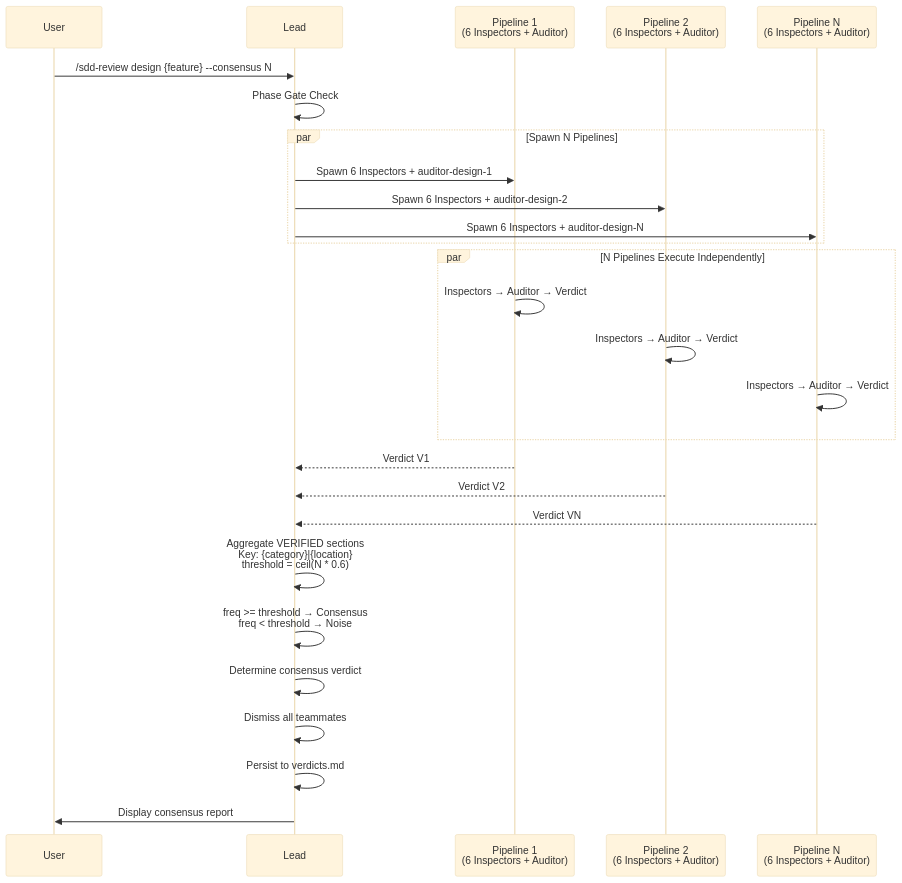
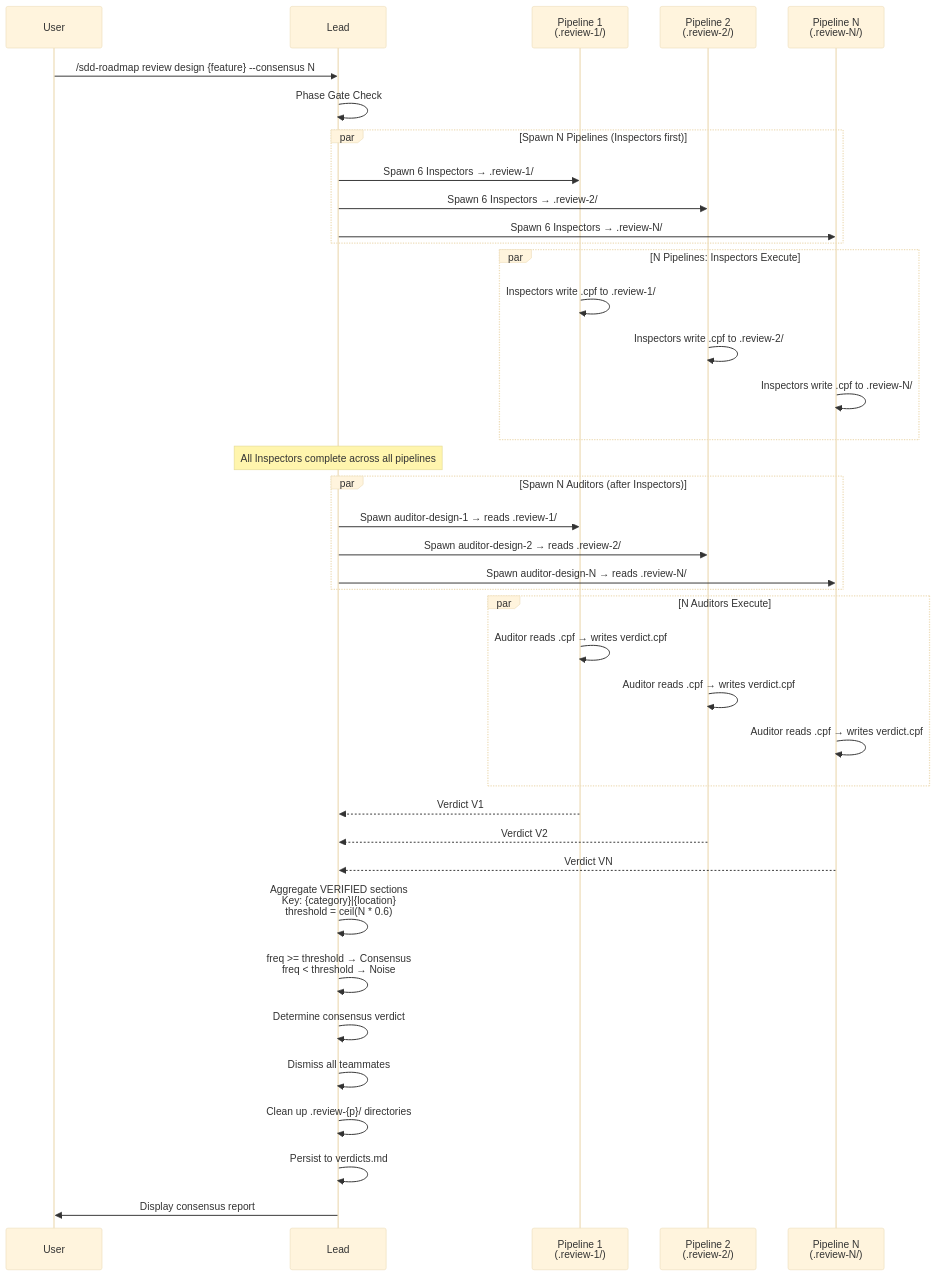
The second of 3 diagrams in .claude/sdd/project/specs/design-review/design.md (sync-dev-org/sync-sdd), drawn with Mermaid (base theme) before and after one commit. The commit also changed other lines of this file and 32 other files, not shown here.

````diff
--- a/.claude/sdd/project/specs/design-review/design.md
+++ b/.claude/sdd/project/specs/design-review/design.md
@@ -321,34 +309,49 @@
 ```mermaid
 sequenceDiagram
     participant U as User
     participant L as Lead
-    participant P1 as Pipeline 1<br/>(6 Inspectors + Auditor)
-    participant P2 as Pipeline 2<br/>(6 Inspectors + Auditor)
-    participant PN as Pipeline N<br/>(6 Inspectors + Auditor)
+    participant P1 as Pipeline 1<br/>(.review-1/)
+    participant P2 as Pipeline 2<br/>(.review-2/)
+    participant PN as Pipeline N<br/>(.review-N/)
 
-    U->>L: /sdd-review design {feature} --consensus N
+    U->>L: /sdd-roadmap review design {feature} --consensus N
     L->>L: Phase Gate Check
 
-    par Spawn N Pipelines
-        L->>P1: Spawn 6 Inspectors + auditor-design-1
-        L->>P2: Spawn 6 Inspectors + auditor-design-2
-        L->>PN: Spawn 6 Inspectors + auditor-design-N
+    par Spawn N Pipelines (Inspectors first)
+        L->>P1: Spawn 6 Inspectors → .review-1/
+        L->>P2: Spawn 6 Inspectors → .review-2/
+        L->>PN: Spawn 6 Inspectors → .review-N/
     end
 
-    par N Pipelines Execute Independently
-        P1->>P1: Inspectors → Auditor → Verdict
-        P2->>P2: Inspectors → Auditor → Verdict
-        PN->>PN: Inspectors → Auditor → Verdict
+    par N Pipelines: Inspectors Execute
+        P1->>P1: Inspectors write .cpf to .review-1/
+        P2->>P2: Inspectors write .cpf to .review-2/
+        PN->>PN: Inspectors write .cpf to .review-N/
+    end
+
+    Note over L: All Inspectors complete across all pipelines
+
+    par Spawn N Auditors (after Inspectors)
+        L->>P1: Spawn auditor-design-1 → reads .review-1/
+        L->>P2: Spawn auditor-design-2 → reads .review-2/
+        L->>PN: Spawn auditor-design-N → reads .review-N/
+    end
+
+    par N Auditors Execute
+        P1->>P1: Auditor reads .cpf → writes verdict.cpf
+        P2->>P2: Auditor reads .cpf → writes verdict.cpf
+        PN->>PN: Auditor reads .cpf → writes verdict.cpf
     end
 
     P1-->>L: Verdict V1
     P2-->>L: Verdict V2
     PN-->>L: Verdict VN
 
     L->>L: Aggregate VERIFIED sections<br/>Key: {category}|{location}<br/>threshold = ceil(N * 0.6)
     L->>L: freq >= threshold → Consensus<br/>freq < threshold → Noise
     L->>L: Determine consensus verdict
     L->>L: Dismiss all teammates
+    L->>L: Clean up .review-{p}/ directories
     L->>L: Persist to verdicts.md
     L->>U: Display consensus report
 ```
````
